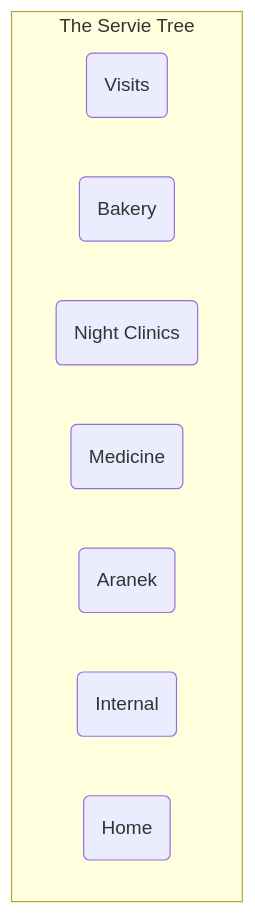
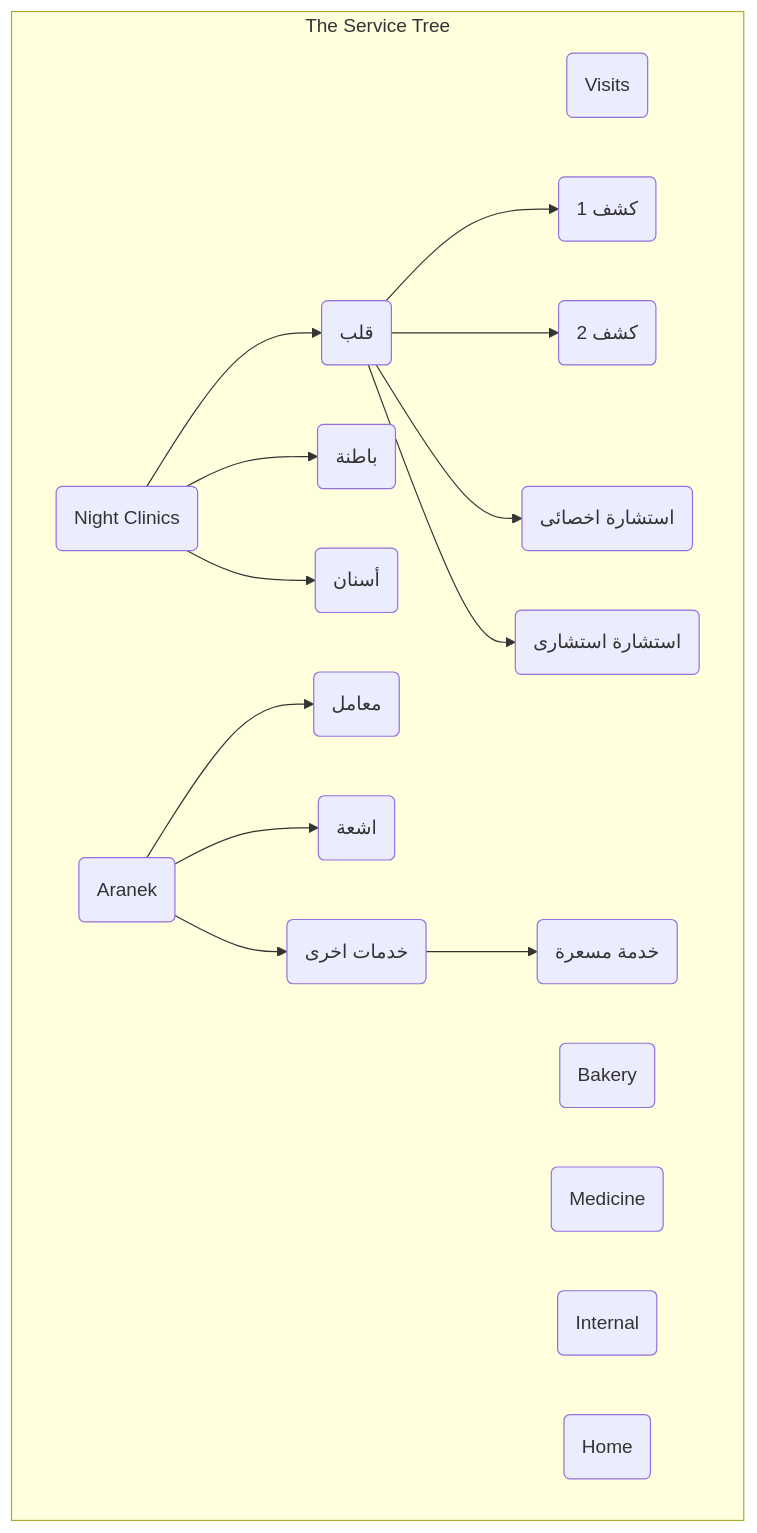
The fourth of 4 diagrams in README.md (OmarHossamEldin/medical-complex-services), drawn with Mermaid before and after one commit.

Commit message:
continue-service-tree

````diff
--- a/README.md
+++ b/README.md
@@ -544,17 +544,26 @@
 ```mermaid
 graph TB
   classDef red fill:#B85450;
   classDef green fill:#82B366;
-  subgraph "The Servie Tree"
+  subgraph "The Service Tree"
   Visits(Visits)
   Bakery(Bakery)
-  NightClinics(Night Clinics)
+  NightClinics(Night Clinics) --> Spec1(قلب)
+  NightClinics(Night Clinics) --> Spec2(باطنة)
+  NightClinics(Night Clinics) --> Spec3(أسنان)
+  Spec1 --> Kashf1(كشف 1)
+  Spec1 --> Kashf2(كشف 2)
+  Spec1 --> Consult1(استشارة اخصائى)
+  Spec1 --> Consult2(استشارة استشارى)
   Medicine(Medicine)
-  Aranek(Aranek)
+  Aranek(Aranek) --> SubService1(معامل)
+  Aranek(Aranek) --> SubService2(اشعة)
+  Aranek(Aranek) --> SubService3(خدمات اخرى)
+  SubService3 --> LeafService(خدمة مسعرة)
   Internal(Internal)
-  Node8(Home)
+  Home(Home)
 
   
 end
 
 ```
````
